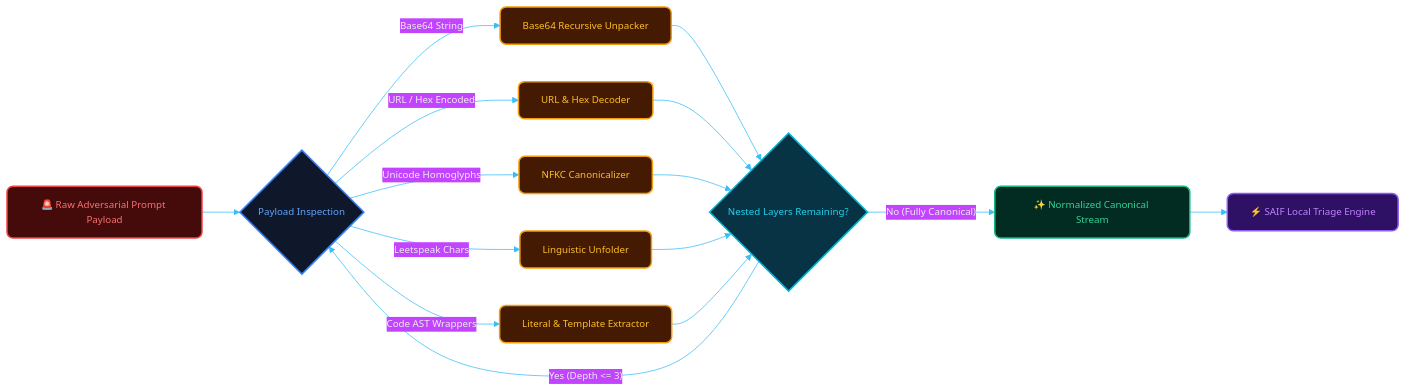
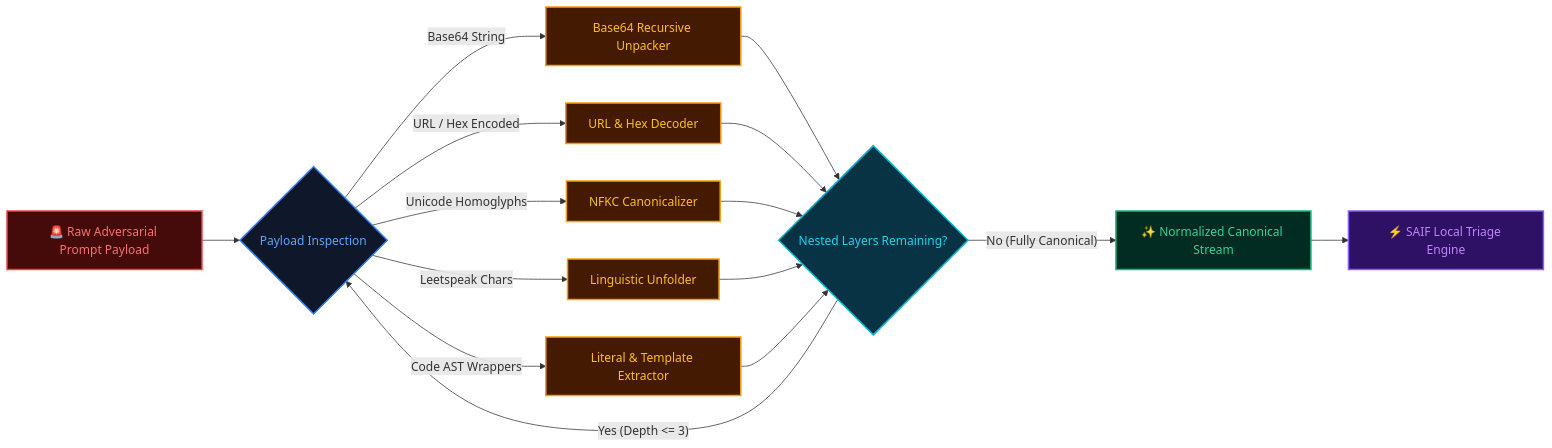
The fifth of 5 diagrams in docs/ARCHITECTURE.md (sudohackfu/saif-free-tier), drawn with Mermaid before and after one commit. The commit also changed other lines of this file and 2 other files, not shown here.

Commit message:
docs: standardize Mermaid syntax for universal Antigravity IDE rendering

````diff
--- a/docs/ARCHITECTURE.md
+++ b/docs/ARCHITECTURE.md
@@ -372,42 +318,29 @@
 ```mermaid
-%%{init: {
-  'theme': 'base',
-  'themeVariables': {
-    'darkMode': true,
-    'background': '#09090b',
-    'mainBkg': '#121217',
-    'nodeBorder': '#27272a',
-    'textColor': '#f4f4f5',
-    'fontFamily': 'Inter, system-ui, -apple-system, sans-serif',
-    'fontSize': '13px',
-    'lineColor': '#38bdf8'
-  }
-}}%%
 flowchart LR
     INPUT["🚨 Raw Adversarial Prompt Payload"]:::redNode --> DETECT{"Payload Inspection"}:::blueNode
 
     DETECT -->|"Base64 String"| B64["Base64 Recursive Unpacker"]:::amberNode
     DETECT -->|"URL / Hex Encoded"| URLD["URL & Hex Decoder"]:::amberNode
     DETECT -->|"Unicode Homoglyphs"| UNI["NFKC Canonicalizer"]:::amberNode
     DETECT -->|"Leetspeak Chars"| LEET["Linguistic Unfolder"]:::amberNode
     DETECT -->|"Code AST Wrappers"| AST["Literal & Template Extractor"]:::amberNode
 
     B64 --> NESTED{"Nested Layers Remaining?"}:::cyanNode
     URLD --> NESTED
     UNI --> NESTED
     LEET --> NESTED
     AST --> NESTED
 
     NESTED -->|"Yes (Depth <= 3)"| DETECT
     NESTED -->|"No (Fully Canonical)"| CANON["✨ Normalized Canonical Stream"]:::greenNode
 
     CANON --> ENGINE["⚡ SAIF Local Triage Engine"]:::purpleNode
 
-    classDef default fill:#121217,stroke:#27272a,stroke-width:1.5px,color:#f4f4f5,rx:8px,ry:8px;
-    classDef blueNode fill:#0f172a,stroke:#3b82f6,stroke-width:2px,color:#60a5fa,rx:8px,ry:8px;
-    classDef cyanNode fill:#083344,stroke:#06b6d4,stroke-width:2px,color:#22d3ee,rx:8px,ry:8px;
-    classDef greenNode fill:#022c22,stroke:#10b981,stroke-width:2px,color:#34d399,rx:8px,ry:8px;
-    classDef redNode fill:#450a0a,stroke:#ef4444,stroke-width:2px,color:#f87171,rx:8px,ry:8px;
-    classDef amberNode fill:#451a03,stroke:#f59e0b,stroke-width:2px,color:#fbbf24,rx:8px,ry:8px;
-    classDef purpleNode fill:#2e1065,stroke:#8b5cf6,stroke-width:2px,color:#c084fc,rx:8px,ry:8px;
+    classDef default fill:#121217,stroke:#27272a,stroke-width:1.5px,color:#f4f4f5;
+    classDef blueNode fill:#0f172a,stroke:#3b82f6,stroke-width:2px,color:#60a5fa;
+    classDef cyanNode fill:#083344,stroke:#06b6d4,stroke-width:2px,color:#22d3ee;
+    classDef greenNode fill:#022c22,stroke:#10b981,stroke-width:2px,color:#34d399;
+    classDef redNode fill:#450a0a,stroke:#ef4444,stroke-width:2px,color:#f87171;
+    classDef amberNode fill:#451a03,stroke:#f59e0b,stroke-width:2px,color:#fbbf24;
+    classDef purpleNode fill:#2e1065,stroke:#8b5cf6,stroke-width:2px,color:#c084fc;
 ```
````
